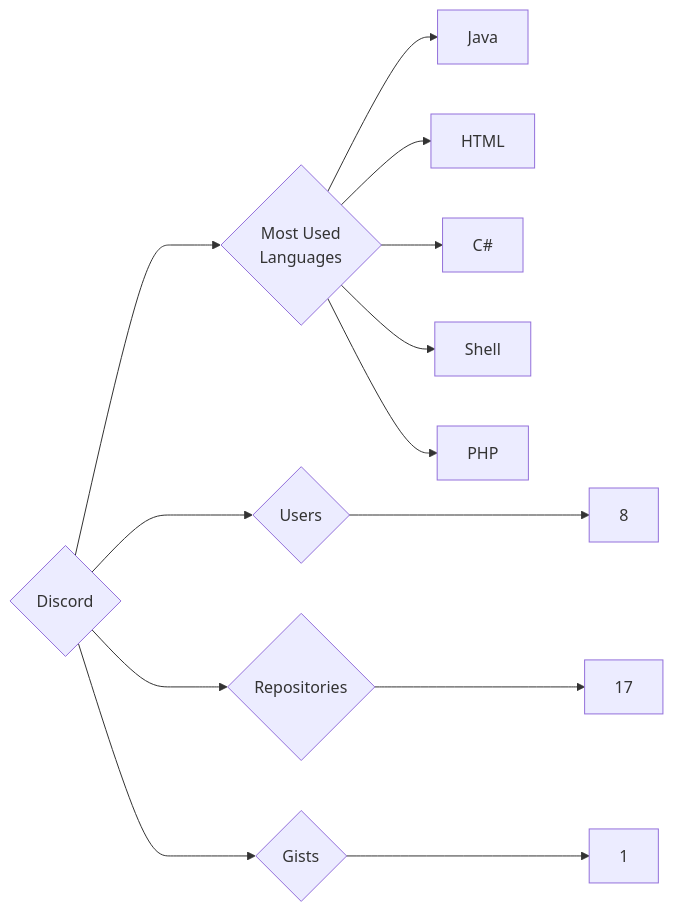
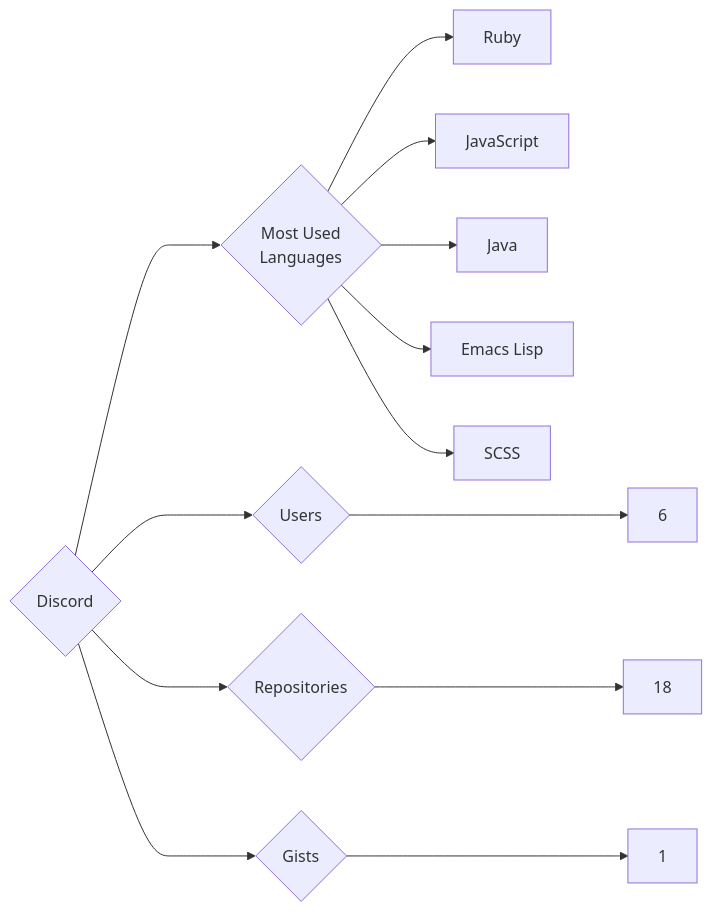
The diagram in targets/Discord/README.md (trickest/insiders), drawn with Mermaid before and after one commit. The commit also changed 997 other files, not shown here.

````diff
--- a/targets/Discord/README.md
+++ b/targets/Discord/README.md
@@ -3,13 +3,13 @@
 ```mermaid
 graph LR
 COMPANY_NAME{Discord}
-COMPANY_NAME ---> U{Users} ---> UN[8]
-COMPANY_NAME ---> R{Repositories} ---> RN[17]
+COMPANY_NAME ---> U{Users} ---> UN[6]
+COMPANY_NAME ---> R{Repositories} ---> RN[18]
 COMPANY_NAME ---> G{Gists} ---> GN[1]
 COMPANY_NAME ---> ML{Most Used<br>Languages}
+ML --> Ruby[Ruby]
+ML --> JavaScript[JavaScript]
 ML --> Java[Java]
-ML --> HTML[HTML]
-ML --> C#[C#]
-ML --> Shell[Shell]
-ML --> PHP[PHP]
+ML --> Emacs_Lisp[Emacs Lisp]
+ML --> SCSS[SCSS]
 ```
````
